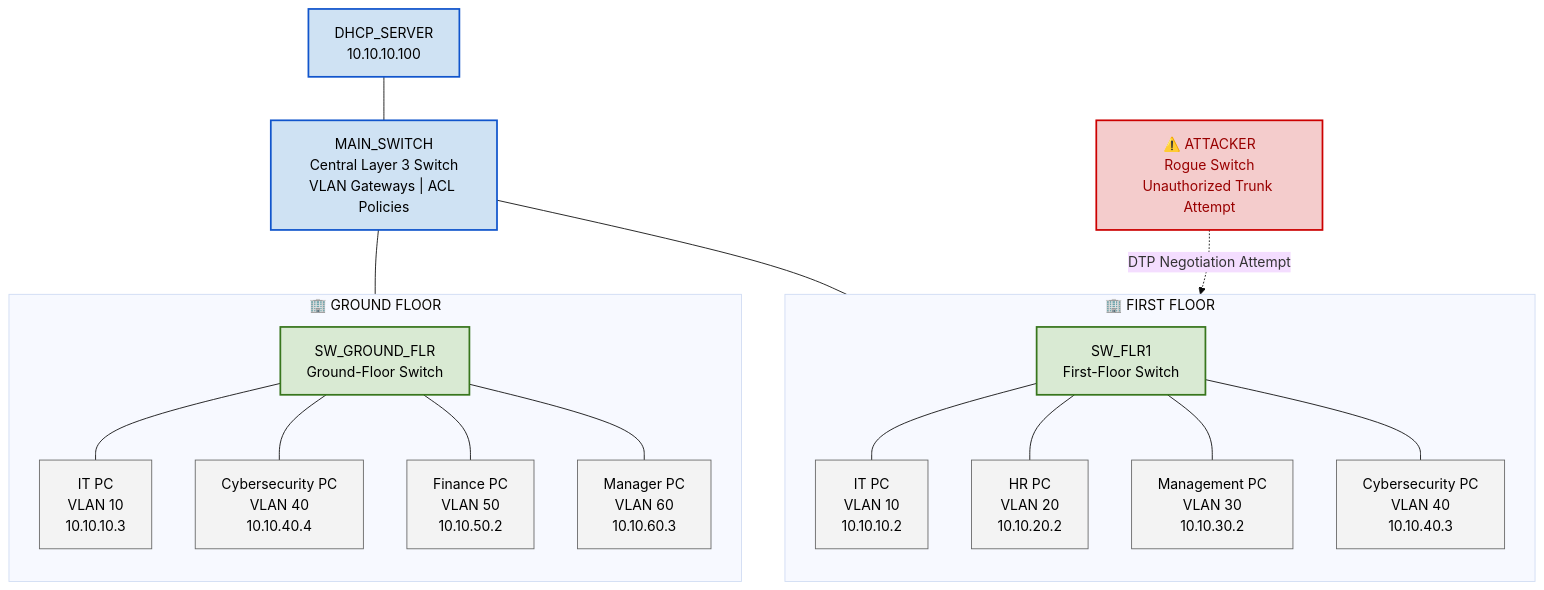
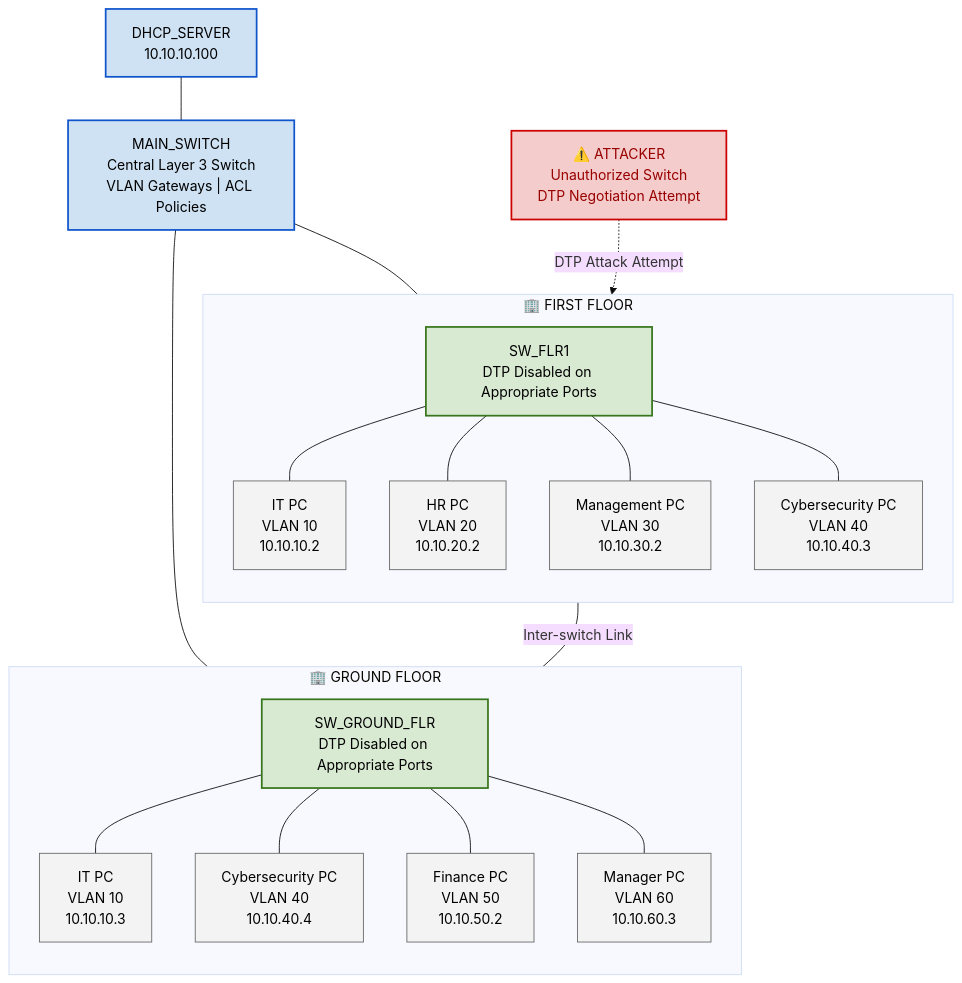
Before and after one commit to sohamCyber-08/Campus-Secure-Network: the first of 3 diagrams in README.md, drawn with Mermaid (base theme).

````diff
--- a/README.md
+++ b/README.md
@@ -695,64 +695,52 @@
 ```mermaid
 flowchart TB
-    %% Central Network Infrastructure
     DHCP["DHCP_SERVER<br/>10.10.10.100"]
     MAIN["MAIN_SWITCH<br/>Central Layer 3 Switch<br/>VLAN Gateways | ACL Policies"]
+    ATTACKER["⚠️ ATTACKER<br/>Unauthorized Switch<br/>DTP Negotiation Attempt"]
 
     DHCP --- MAIN
 
-    %% Attacker Scenario
-    ATTACKER["⚠️ ATTACKER<br/>Rogue Switch<br/>Unauthorized Trunk Attempt"]
-
-    %% First Floor
     subgraph FLOOR1["🏢 FIRST FLOOR"]
         direction TB
-
-        SW1["SW_FLR1<br/>First-Floor Switch"]
-
+        SW1["SW_FLR1<br/>DTP Disabled on Appropriate Ports"]
         IT1["IT PC<br/>VLAN 10<br/>10.10.10.2"]
         HR["HR PC<br/>VLAN 20<br/>10.10.20.2"]
         MGMT["Management PC<br/>VLAN 30<br/>10.10.30.2"]
         CYBER1["Cybersecurity PC<br/>VLAN 40<br/>10.10.40.3"]
 
         SW1 --- IT1
         SW1 --- HR
         SW1 --- MGMT
         SW1 --- CYBER1
     end
 
-    %% Ground Floor
     subgraph GROUND["🏢 GROUND FLOOR"]
         direction TB
-
-        SW2["SW_GROUND_FLR<br/>Ground-Floor Switch"]
-
+        SW2["SW_GROUND_FLR<br/>DTP Disabled on Appropriate Ports"]
         IT2["IT PC<br/>VLAN 10<br/>10.10.10.3"]
         CYBER2["Cybersecurity PC<br/>VLAN 40<br/>10.10.40.4"]
         FINANCE["Finance PC<br/>VLAN 50<br/>10.10.50.2"]
         MANAGER["Manager PC<br/>VLAN 60<br/>10.10.60.3"]
 
         SW2 --- IT2
         SW2 --- CYBER2
         SW2 --- FINANCE
         SW2 --- MANAGER
     end
 
-    %% Switch Uplinks
     MAIN --- SW1
     MAIN --- SW2
+    SW1 ---|"Inter-switch Link"| SW2
 
-    %% Unauthorized Connection Attempt
-    ATTACKER -.->|"DTP Negotiation Attempt"| SW1
+    ATTACKER -.->|"DTP Attack Attempt"| SW1
 
-    %% Styling
     classDef core fill:#cfe2f3,stroke:#1155cc,stroke-width:2px,color:#000;
     classDef switch fill:#d9ead3,stroke:#38761d,stroke-width:2px,color:#000;
     classDef endpoint fill:#f3f3f3,stroke:#666,stroke-width:1px,color:#000;
     classDef attacker fill:#f4cccc,stroke:#cc0000,stroke-width:2px,color:#990000;
 
     class MAIN,DHCP core;
     class SW1,SW2 switch;
     class IT1,HR,MGMT,CYBER1,IT2,CYBER2,FINANCE,MANAGER endpoint;
     class ATTACKER attacker;
-
 ```
````
